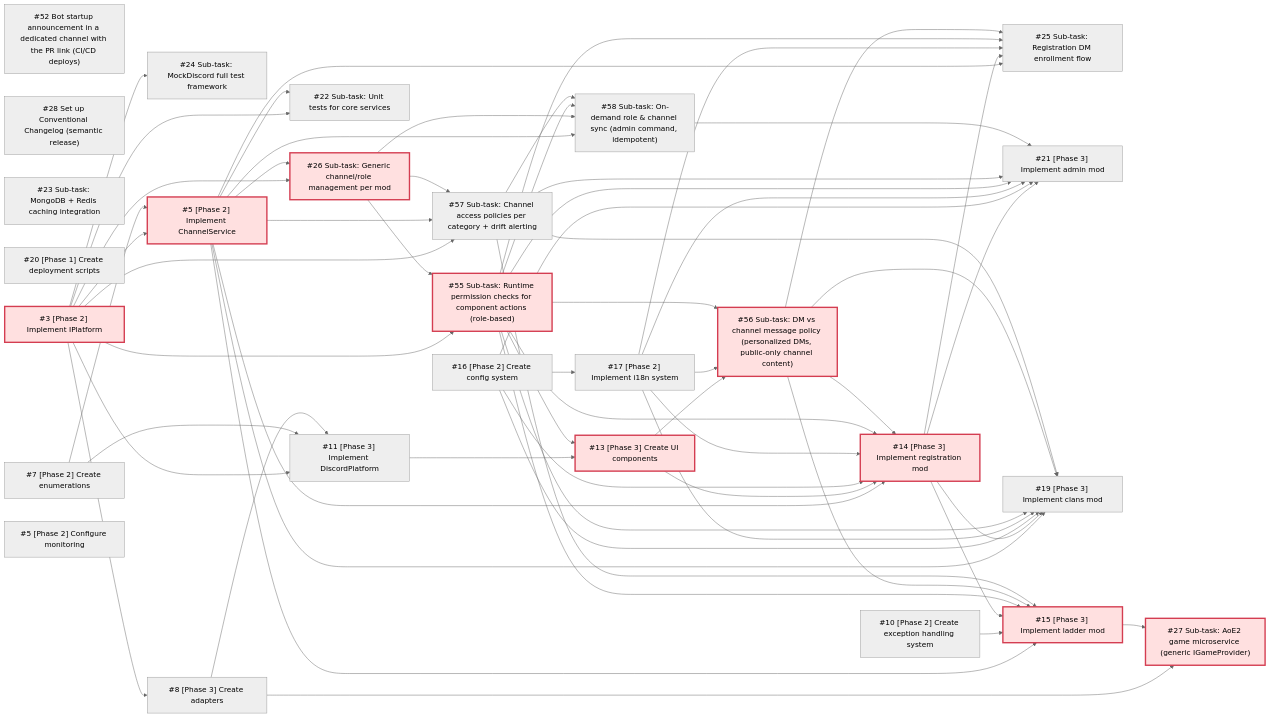
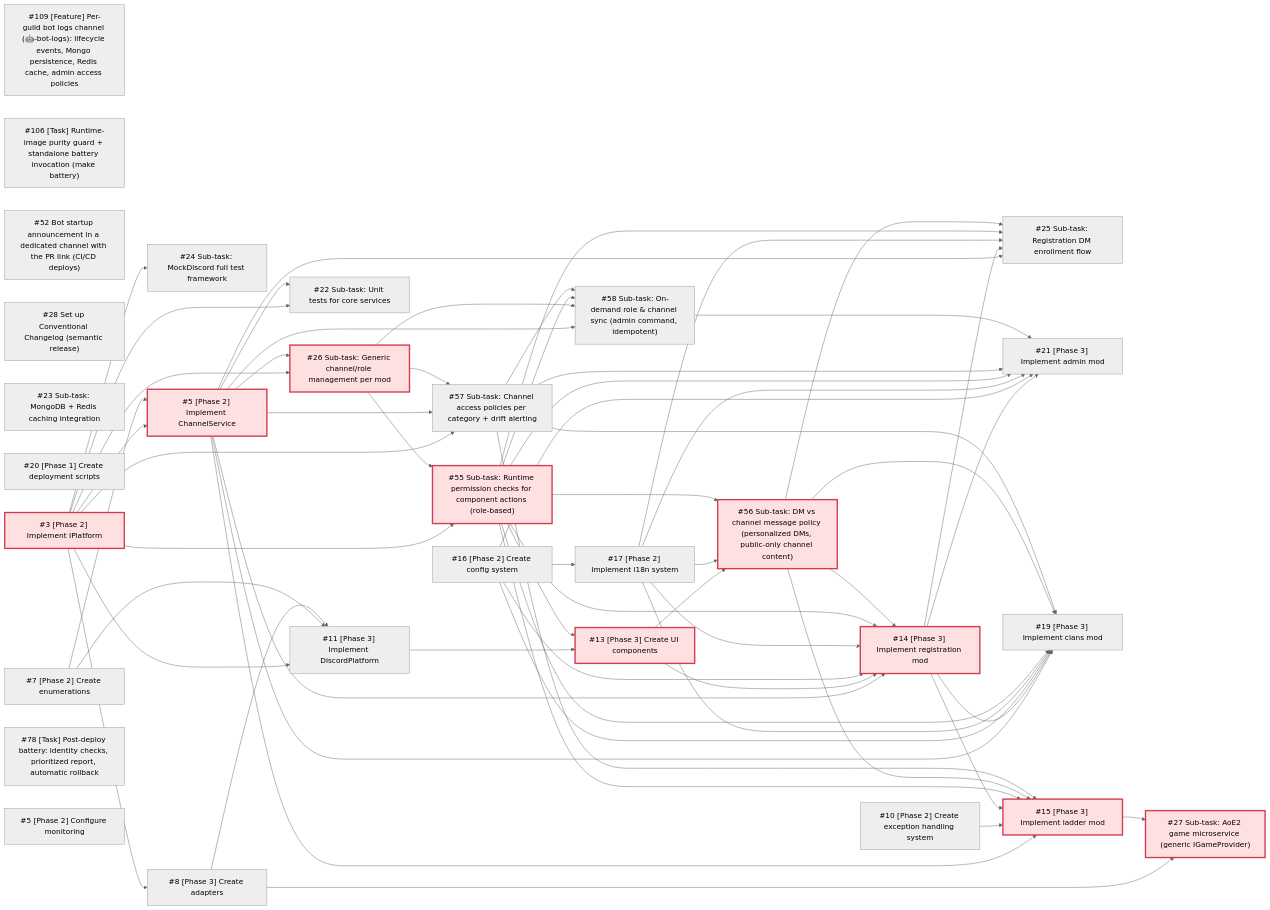
Before and after one commit to merlin-pinpin-org/kingdoms: the diagram in docs/DEPENDENCIES.md, drawn with Mermaid (neutral theme). The commit also changed other lines of this file, not shown here.

````diff
--- a/docs/DEPENDENCIES.md
+++ b/docs/DEPENDENCIES.md
@@ -28,5 +28,7 @@
 ```mermaid
 flowchart LR
+    ks_109["#109 [Feature] Per-guild bot logs channel (🤖-bot-logs): lifecycle events, Mongo persistence, Redis cache, admin access policies"]
+    ks_106["#106 [Task] Runtime-image purity guard + standalone battery invocation (make battery)"]
     ks_58["#58 Sub-task: On-demand role & channel sync (admin command, idempotent)"]
     ks_57["#57 Sub-task: Channel access policies per category + drift alerting"]
     ks_56["#56 Sub-task: DM vs channel message policy (personalized DMs, public-only channel content)"]
@@ -53,6 +55,7 @@
     ks_7["#7 [Phase 2] Create enumerations"]
     ks_5["#5 [Phase 2] Implement ChannelService"]
     ks_3["#3 [Phase 2] Implement IPlatform"]
+    ki_78["#78 [Task] Post-deploy battery: identity checks, prioritized report, automatic rollback"]
     ki_5["#5 [Phase 2] Configure monitoring"]
     ks_5 --> ks_58
     ks_26 --> ks_58
````
